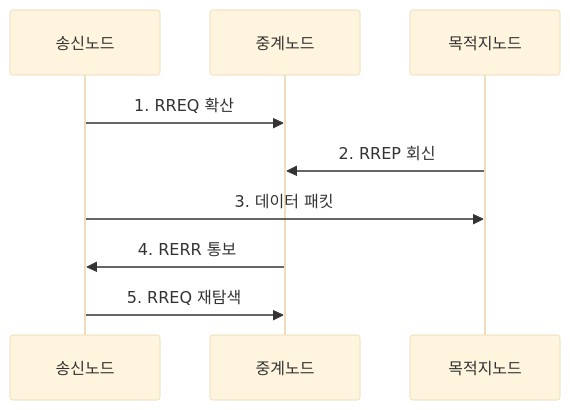
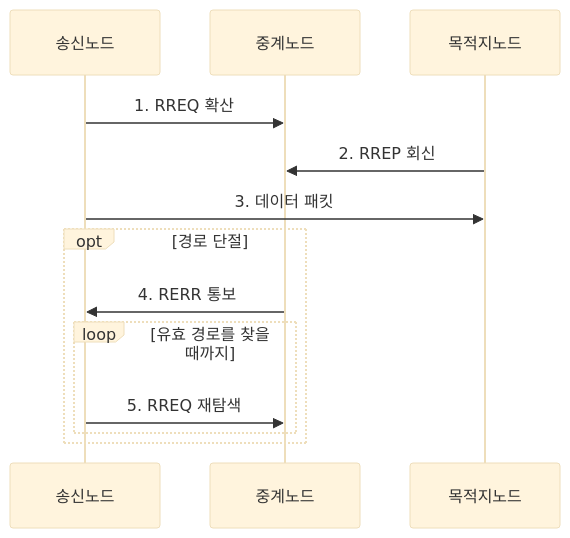
One commit to agnusdei1207/knowledge-base changed the second of 2 diagrams in src/content/docs/notes/04-network/053_ad_hoc_aodv.md. Above: the diagram before and after it, drawn with Mermaid (base theme). The commit also changed other lines of this file and 7 other files, not shown here.

````diff
--- a/src/content/docs/notes/04-network/053_ad_hoc_aodv.md
+++ b/src/content/docs/notes/04-network/053_ad_hoc_aodv.md
@@ -103,11 +103,15 @@
 ```mermaid
 sequenceDiagram
     participant 송신노드
     participant 중계노드
     participant 목적지노드
     송신노드->>중계노드: 1. RREQ 확산
     목적지노드->>중계노드: 2. RREP 회신
     송신노드->>목적지노드: 3. 데이터 패킷
-    중계노드->>송신노드: 4. RERR 통보
-    송신노드->>중계노드: 5. RREQ 재탐색
+    opt 경로 단절
+        중계노드->>송신노드: 4. RERR 통보
+        loop 유효 경로를 찾을 때까지
+            송신노드->>중계노드: 5. RREQ 재탐색
+        end
+    end
 ```
````
